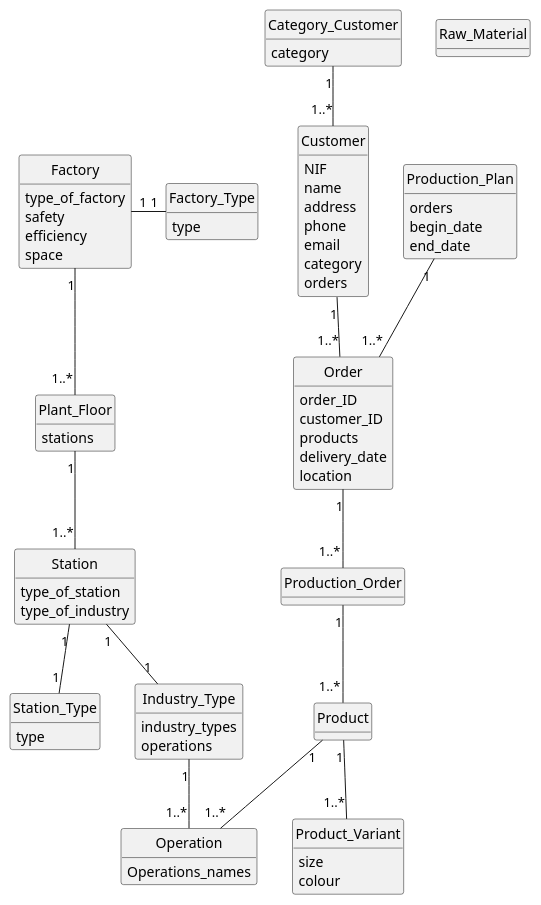
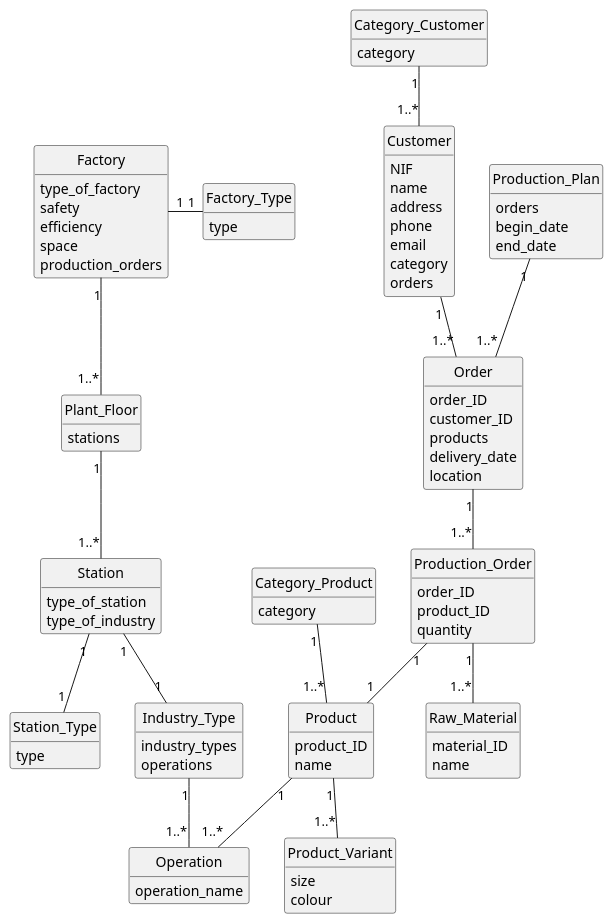
The diagram in documentation/Domain_Model.puml (DiogoMMP/industrial-production-management_y2_2024), drawn with PlantUML before and after one commit. The commit also changed 7 other files, not shown here.

```diff
--- a/documentation/Domain_Model.puml
+++ b/documentation/Domain_Model.puml
@@ -1,103 +1,113 @@
 @startuml
 skinparam monochrome true
 skinparam packageStyle rectangle
 skinparam shadowing false
 
 skinparam classAttributeIconSize 0
 hide circle
 hide methods
 
-class Customer{
+class Customer {
     NIF
     name
     address
     phone
     email
     category
     orders
 }
 
-class Product{
-
+class Product {
+    product_ID
+    name
 }
 
-class Product_Variant{
+class Product_Variant {
     size
     colour
 }
 
-class Factory{
+class Factory {
     type_of_factory
     safety
     efficiency
     space
+    production_orders
 }
 
-class Factory_Type{
+class Factory_Type {
     type
 }
 
-class Raw_Material{
-
+class Raw_Material {
+    material_ID
+    name
 }
 
-class Plant_Floor{
+class Plant_Floor {
     stations
 }
 
-class Station{
+class Station {
     type_of_station
     type_of_industry
 }
 
-class Station_Type{
+class Station_Type {
     type
 }
 
-class Industry_Type{
+class Industry_Type {
     industry_types
     operations
 }
 
-class Operation{
-    Operations_names
+class Operation {
+    operation_name
 }
 
-class Production_Plan{
+class Production_Plan {
     orders
     begin_date
     end_date
 }
 
-class Order{
+class Order {
     order_ID
     customer_ID
     products
     delivery_date
     location
 }
 
-class Category_Customer{
+class Category_Customer {
     category
 }
 
-class Production_Order{
-
+class Category_Product {
+    category
 }
 
+class Production_Order {
+    order_ID
+    product_ID
+    quantity
+}
 
 Factory "1" - "1" Factory_Type
 Station "1" -- "1" Station_Type
 Factory "1" -- "1..*" Plant_Floor
 Plant_Floor "1" -- "1..*" Station
 Station "1" -- "1" Industry_Type
 Industry_Type "1" -- "1..*" Operation
 Product "1" -- "1..*" Operation
 Production_Plan "1" -- "1..*" Order
 Customer "1" -- "1..*" Order
 Category_Customer "1" -- "1..*" Customer
+Category_Product "1" -- "1..*" Product
 Product "1" -- "1..*" Product_Variant
 Order "1" -- "1..*" Production_Order
-Production_Order "1" -- "1..*" Product
+Production_Order "1" -- "1" Product
+Production_Order "1" -- "1..*" Raw_Material
 
 @enduml
```
